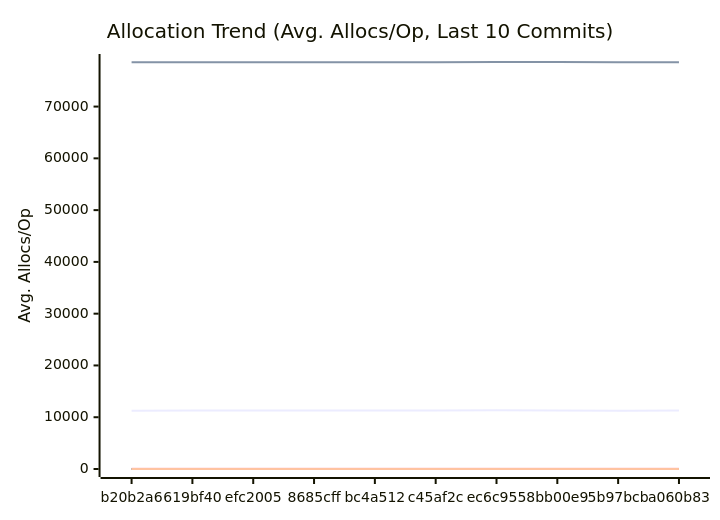
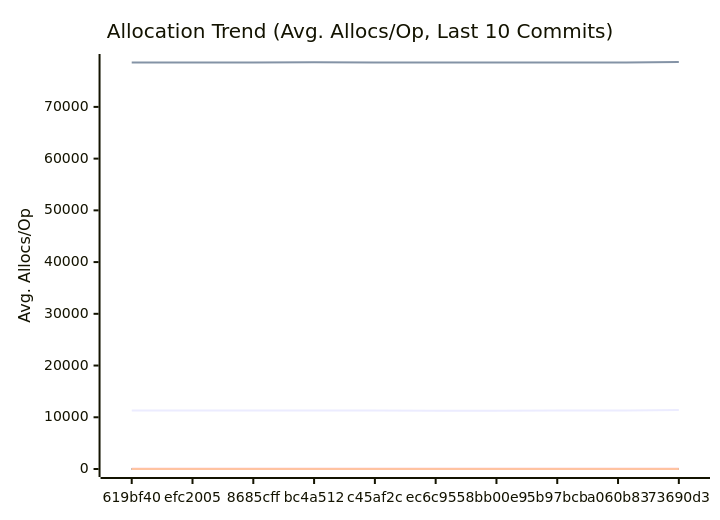
One commit to alsotoes/momo changed the third of 3 diagrams in docs/PERFORMANCE.md. Above: the diagram before and after it, drawn with Mermaid. The commit also changed other lines of this file and 4 other files, not shown here.

````diff
--- a/docs/PERFORMANCE.md
+++ b/docs/PERFORMANCE.md
@@ -197,20 +197,20 @@
 ```mermaid
 xychart-beta
     title "Allocation Trend (Avg. Allocs/Op, Last 10 Commits)"
     x-axis "Commit"
     y-axis "Avg. Allocs/Op"
-    x-axis [b20b2a6,619bf40,efc2005,8685cff,bc4a512,c45af2c,ec6c955,8bb00e9,5b97bcb,a060b83]
-    line "AWSChunkedReaderSigned" [11271,11298,11310,11291,11308,11295,11329,11303,11273,11278]
-    line "AWSChunkedReaderUnsigned" [78562,78570,78573,78562,78577,78570,78609,78592,78561,78567]
+    x-axis [619bf40,efc2005,8685cff,bc4a512,c45af2c,ec6c955,8bb00e9,5b97bcb,a060b83,73690d3]
+    line "AWSChunkedReaderSigned" [11291,11308,11295,11329,11303,11273,11278,11291,11291,11422]
+    line "AWSChunkedReaderUnsigned" [78562,78577,78570,78609,78592,78561,78567,78580,78580,78679]
     line "CheckMetricsAndSwap" [0,0,0,0,0,0,0,0,0,0]
     line "CrushOptimized" [0,0,0,0,0,0,0,0,0,0]
     line "CrushOriginal" [3,3,3,3,3,3,3,3,3,3]
     line "IndexDirectTracking" [0,0,0,0,0,0,0,0,0,0]
     line "IndexSearch" [0,0,0,0,0,0,0,0,0,0]
     line "LoadGlobalConfig" [46,46,46,46,46,46,46,46,46,46]
     line "PadString" [1,1,1,1,1,1,1,1,1,1]
     line "ParseReplicationOrder_NoPrealloc" [6,6,6,6,6,5,5,5,5,5]
     line "ParseReplicationOrder_Prealloc" [2,2,2,2,2,1,1,1,1,1]
     line "SanitizeLog/Safe" [0,0,0,0,0,0,0,0,0,0]
     line "SanitizeLog/Unsafe" [1,1,1,1,1,1,1,1,1,1]
 ```
````
